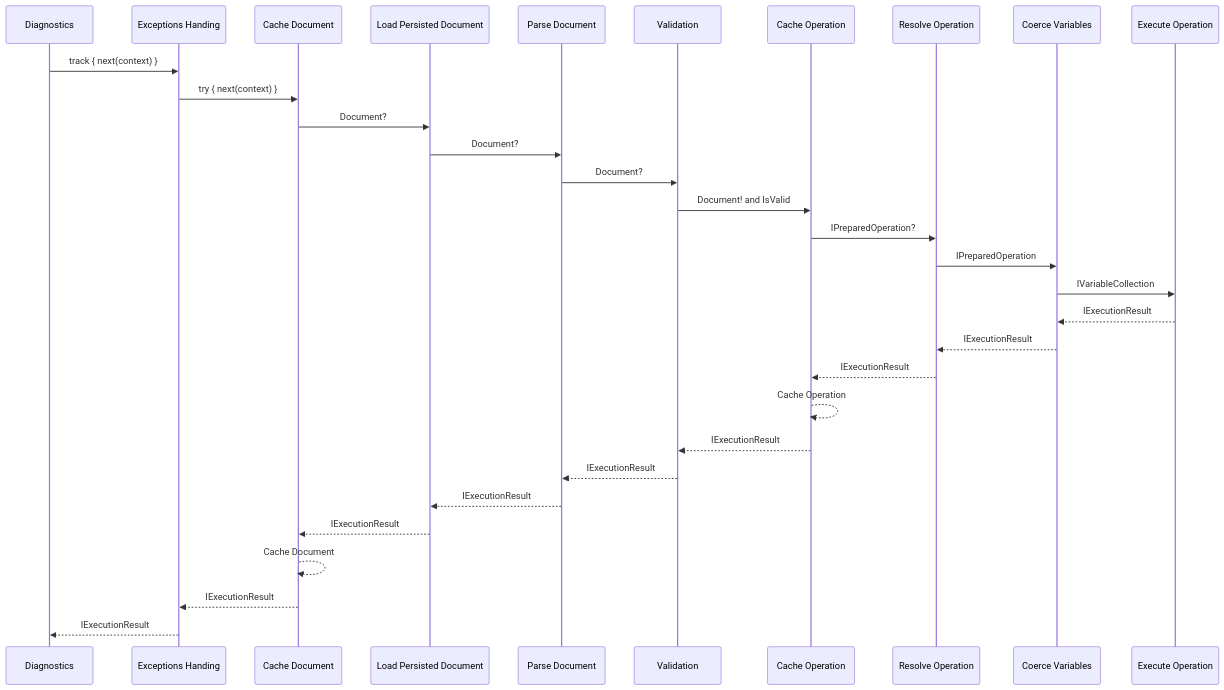
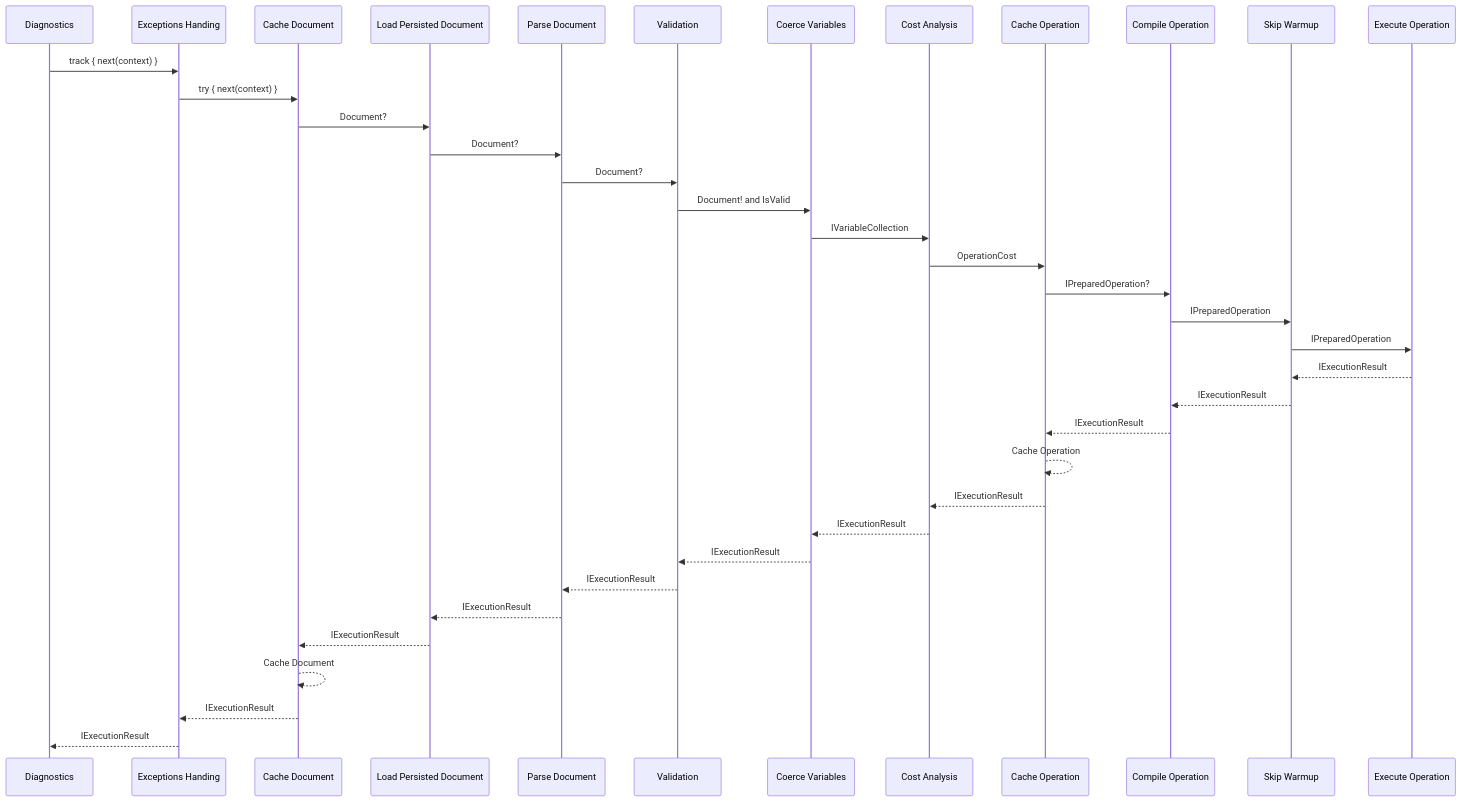
Before and after one commit to ChilliCream/graphql-platform: the second of 2 diagrams in src/HotChocolate/Core/src/Types/Execution/Pipeline/Pipelines.md, drawn with Mermaid. The commit also changed other lines of this file and 1092 other files, not shown here.

````diff
--- a/src/HotChocolate/Core/src/Types/Execution/Pipeline/Pipelines.md
+++ b/src/HotChocolate/Core/src/Types/Execution/Pipeline/Pipelines.md
@@ -32,24 +36,28 @@
 ```mermaid
 sequenceDiagram
     Diagnostics->>Exceptions Handing: track { next(context) }
     Exceptions Handing->>Cache Document: try { next(context) }
     Cache Document->>Load Persisted Document: Document?
     Load Persisted Document->>Parse Document: Document?
     Parse Document->>Validation: Document?
-    Validation->>Cache Operation: Document! and IsValid
-    Cache Operation->>Resolve Operation: IPreparedOperation?
-    Resolve Operation->>Coerce Variables: IPreparedOperation
-    Coerce Variables->>Execute Operation: IVariableCollection
+    Validation->>Coerce Variables: Document! and IsValid
+    Coerce Variables->>Cost Analysis: IVariableCollection
+    Cost Analysis->>Cache Operation: OperationCost
+    Cache Operation->>Compile Operation: IPreparedOperation?
+    Compile Operation->>Skip Warmup: IPreparedOperation
+    Skip Warmup->>Execute Operation: IPreparedOperation
 
-    Execute Operation-->>Coerce Variables: IExecutionResult
-    Coerce Variables-->>Resolve Operation: IExecutionResult
-    Resolve Operation-->>Cache Operation: IExecutionResult
+    Execute Operation-->>Skip Warmup: IExecutionResult
+    Skip Warmup-->>Compile Operation: IExecutionResult
+    Compile Operation-->>Cache Operation: IExecutionResult
     Cache Operation-->>Cache Operation: Cache Operation
-    Cache Operation-->>Validation: IExecutionResult
+    Cache Operation-->>Cost Analysis: IExecutionResult
+    Cost Analysis-->>Coerce Variables: IExecutionResult
+    Coerce Variables-->>Validation: IExecutionResult
     Validation-->>Parse Document: IExecutionResult
     Parse Document-->>Load Persisted Document: IExecutionResult
     Load Persisted Document-->>Cache Document: IExecutionResult
     Cache Document-->>Cache Document: Cache Document
     Cache Document-->>Exceptions Handing: IExecutionResult
     Exceptions Handing-->>Diagnostics: IExecutionResult
 ```
````
